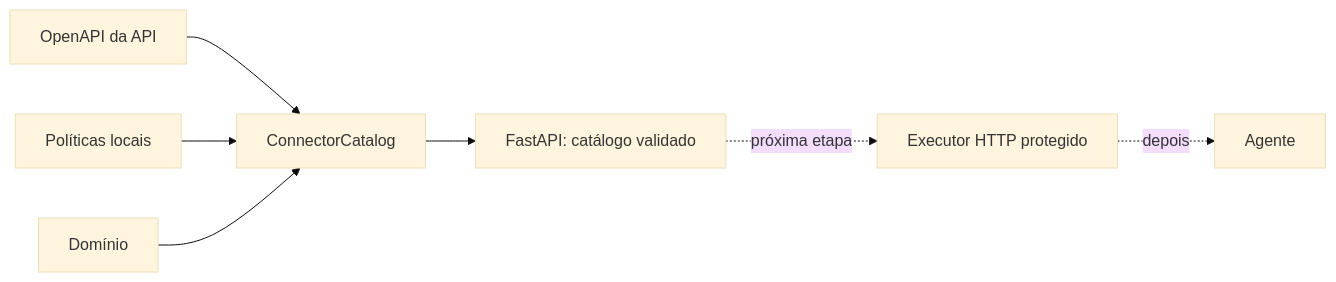
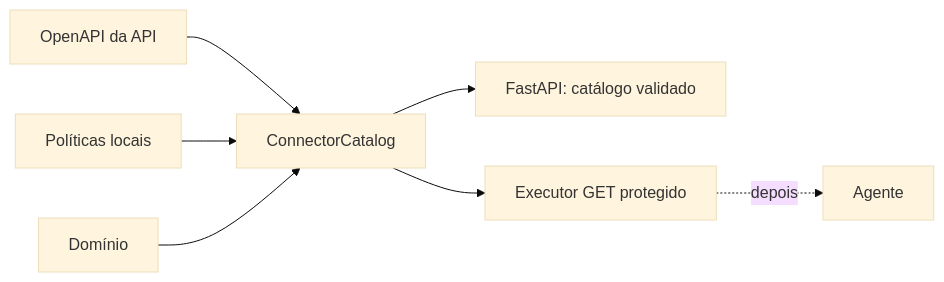
Before and after one commit to ChristianGandra21/indusguard: the diagram in README.md, drawn with Mermaid (base theme). The commit also changed other lines of this file and 10 other files, not shown here.

Commit message:
feat: add protected HTTP GET executor

````diff
--- a/README.md
+++ b/README.md
@@ -43,9 +45,9 @@
 ```mermaid
 flowchart LR
     U[OpenAPI da API] --> C[ConnectorCatalog]
     P[Políticas locais] --> C
     D[Domínio] --> C
     C --> F[FastAPI: catálogo validado]
-    F -. próxima etapa .-> E[Executor HTTP protegido]
+    C --> E[Executor GET protegido]
     E -. depois .-> A[Agente]
 ```
````
